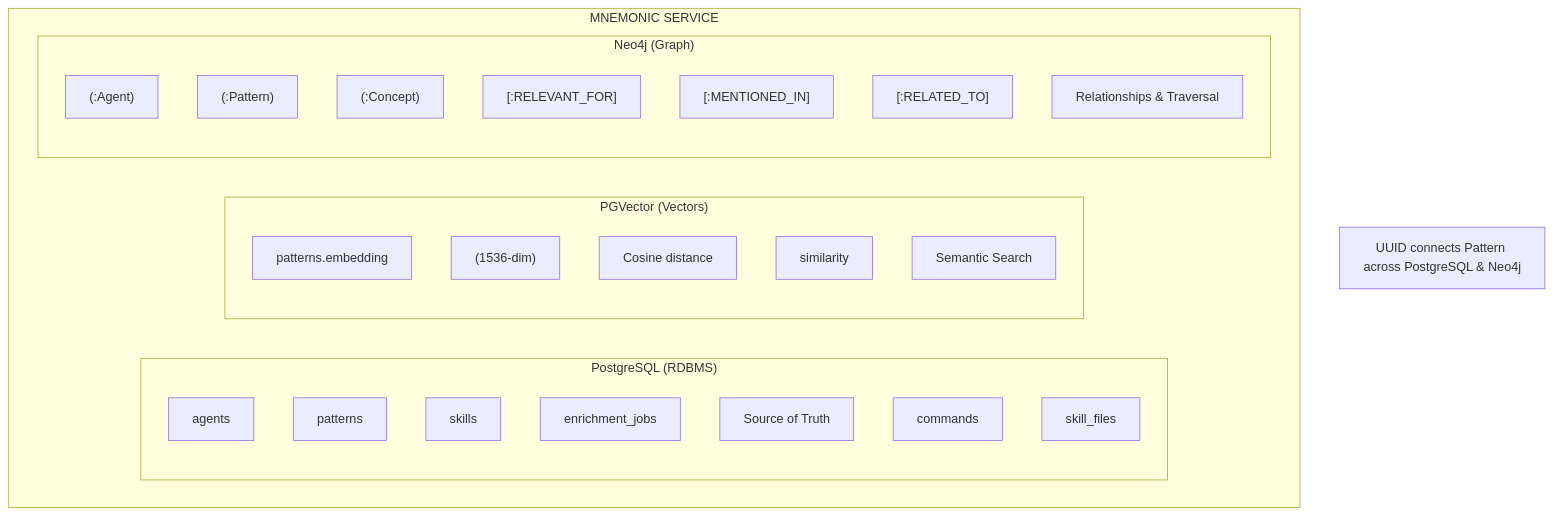
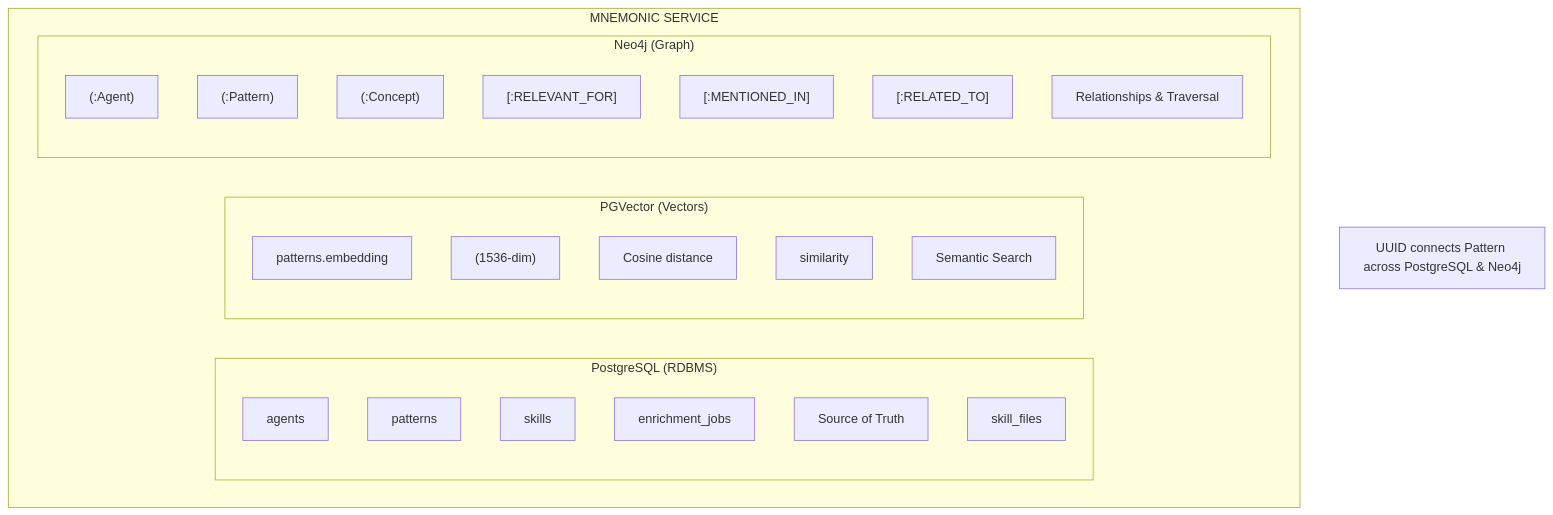
One commit to twistingmercury/mnemonic-mcp changed the first of 4 diagrams in docs/architecture/05-database-integration-flow.md. Above: the diagram before and after it, drawn with Mermaid. The commit also changed other lines of this file and 4 other files, not shown here.

````diff
--- a/docs/architecture/05-database-integration-flow.md
+++ b/docs/architecture/05-database-integration-flow.md
@@ -71,34 +70,33 @@
 ```mermaid
 flowchart TB
     subgraph MNEMONIC_SERVICE["MNEMONIC SERVICE"]
         subgraph PostgreSQL["PostgreSQL (RDBMS)"]
             PG1["agents"]
             PG2["patterns"]
             PG3["skills"]
             PG4["enrichment_jobs"]
             PG5["Source of Truth"]
-            PG6["commands"]
-            PG7["skill_files"]
+            PG6["skill_files"]
         end
 
         subgraph PGVector["PGVector (Vectors)"]
             PV1["patterns.embedding"]
             PV2["(1536-dim)"]
             PV3["Cosine distance"]
             PV4["similarity"]
             PV5["Semantic Search"]
         end
 
         subgraph Neo4j["Neo4j (Graph)"]
             N1["(:Agent)"]
             N2["(:Pattern)"]
             N3["(:Concept)"]
             N4["[:RELEVANT_FOR]"]
             N5["[:MENTIONED_IN]"]
             N6["[:RELATED_TO]"]
             N7["Relationships & Traversal"]
         end
     end
 
     Note["UUID connects Pattern across PostgreSQL & Neo4j"]
 ```
````
